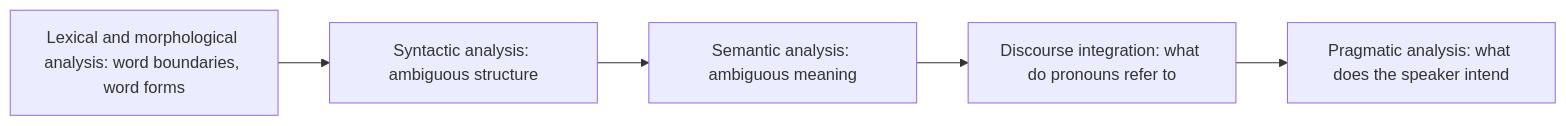
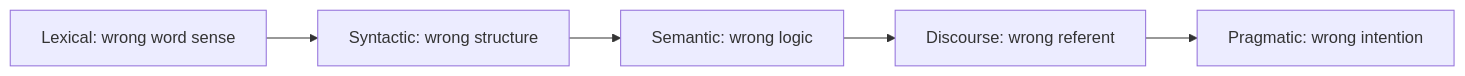
One commit to TrendySloth1001/sem-seven-notes changed the diagram in content/natural-language-processing/pyq/2023-12-ce/q2b.mdx. Above: the diagram before and after it, drawn with Mermaid. The commit also changed other lines of this file and 406 other files, not shown here.

Commit message:
Rewrite all NLP notes and answers from the teachers' class files and add both class assignments with solutions. They cite only the class notes, solved PYQs, assignment solution and Module 6 slides, use 67 class figures, and drop the web references and Wikimedia images.

````diff
--- a/content/natural-language-processing/pyq/2023-12-ce/q2b.mdx
+++ b/content/natural-language-processing/pyq/2023-12-ce/q2b.mdx
@@ -7,8 +9,8 @@
 ```mermaid
-%% caption: The stages of NLP in order, with the main challenge at each one.
+%% caption: A wrong choice at an early stage is carried into every later stage, so ambiguity is a challenge at all five.
 flowchart LR
-  A["Lexical and morphological analysis: word boundaries, word forms"] --> B["Syntactic analysis: ambiguous structure"]
-  B --> C["Semantic analysis: ambiguous meaning"]
-  C --> D["Discourse integration: what do pronouns refer to"]
-  D --> E["Pragmatic analysis: what does the speaker intend"]
+  A["Lexical: wrong word sense"] --> B["Syntactic: wrong structure"]
+  B --> C["Semantic: wrong logic"]
+  C --> D["Discourse: wrong referent"]
+  D --> E["Pragmatic: wrong intention"]
 ```
````
